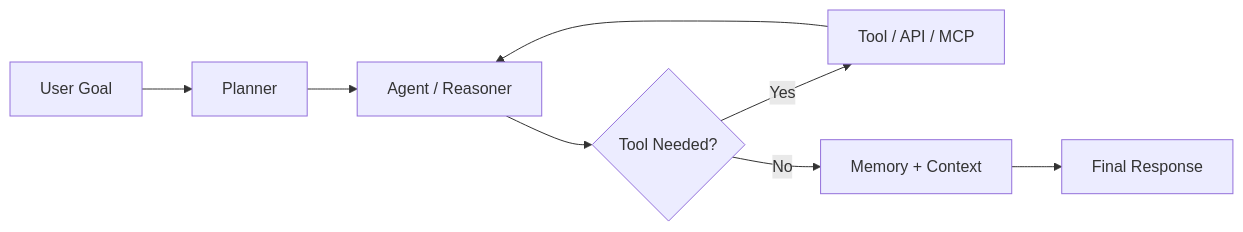
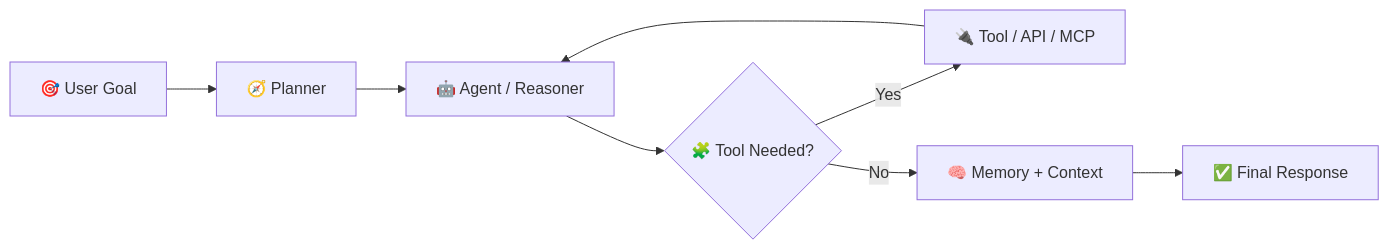
Before and after one commit to PANKAJ955956/PANKAJ955956: the second of 3 diagrams in README.md, drawn with Mermaid. The commit also changed other lines of this file, not shown here.

````diff
--- a/README.md
+++ b/README.md
@@ -199,10 +293,10 @@
 ```mermaid
 flowchart LR
-    A[User Goal] --> B[Planner]
-    B --> C[Agent / Reasoner]
-    C --> D{Tool Needed?}
-    D -->|Yes| E[Tool / API / MCP]
+    A[🎯 User Goal] --> B[🧭 Planner]
+    B --> C[🤖 Agent / Reasoner]
+    C --> D{🧩 Tool Needed?}
+    D -->|Yes| E[🔌 Tool / API / MCP]
     E --> C
-    D -->|No| F[Memory + Context]
-    F --> G[Final Response]
+    D -->|No| F[🧠 Memory + Context]
+    F --> G[✅ Final Response]
 ```
````
